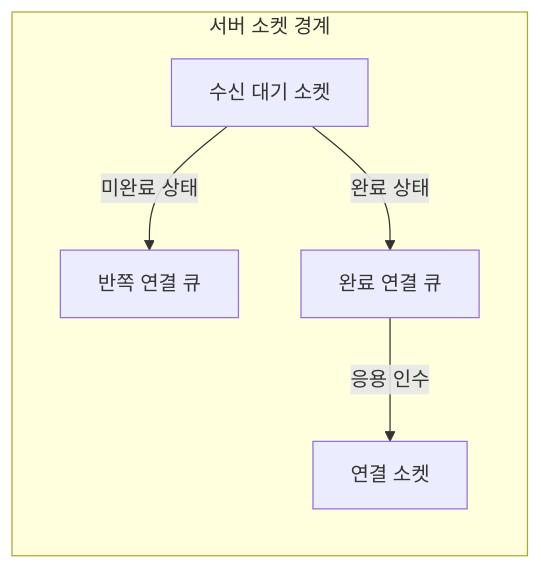
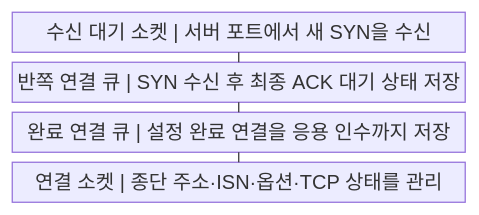
One commit to agnusdei1207/knowledge-base changed the first of 2 diagrams in src/content/docs/notes/04-network/022_tcp_3_way_handshake.md. Above: the diagram before and after it, drawn with Mermaid. The commit also changed other lines of this file and 20 other files, not shown here.

````diff
--- a/src/content/docs/notes/04-network/022_tcp_3_way_handshake.md
+++ b/src/content/docs/notes/04-network/022_tcp_3_way_handshake.md
@@ -61,12 +61,11 @@
 ```mermaid
-flowchart LR
-    subgraph SV["서버 소켓 경계"]
-        L["수신 대기 소켓"]
-        S["반쪽 연결 큐"]
-        A["완료 연결 큐"]
-        C["연결 소켓"]
-        L -->|미완료 상태| S
-        L -->|완료 상태| A
-        A -->|응용 인수| C
-    end
+block
+    columns 1
+    A["수신 대기 소켓 | 서버 포트에서 새 SYN을 수신"]
+    B["반쪽 연결 큐 | SYN 수신 후 최종 ACK 대기 상태 저장"]
+    C["완료 연결 큐 | 설정 완료 연결을 응용 인수까지 저장"]
+    D["연결 소켓 | 종단 주소·ISN·옵션·TCP 상태를 관리"]
+    A --- B
+    B --- C
+    C --- D
 ```
````
